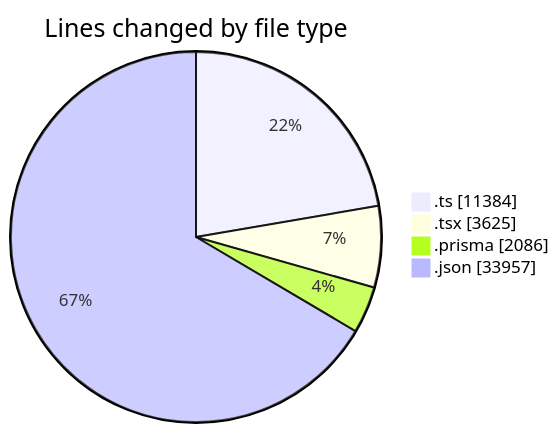
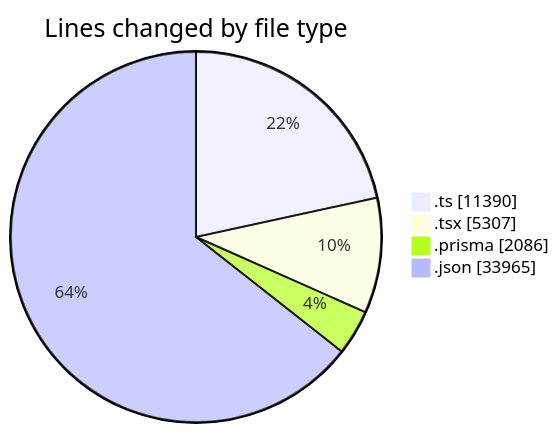
Before and after one commit to CELIANVF/code-tracking: the first of 2 diagrams in 2025-05-19/ecodeli-1/README.md, drawn with Mermaid. The commit also changed other lines of this file and 1 other file, not shown here.

````diff
--- a/2025-05-19/ecodeli-1/README.md
+++ b/2025-05-19/ecodeli-1/README.md
@@ -63,8 +66,8 @@
 ```mermaid
 pie showData
 title Lines changed by file type
-".ts" : 11384
-".tsx" : 3625
+".ts" : 11390
+".tsx" : 5307
 ".prisma" : 2086
-".json" : 33957
+".json" : 33965
 ```
````
